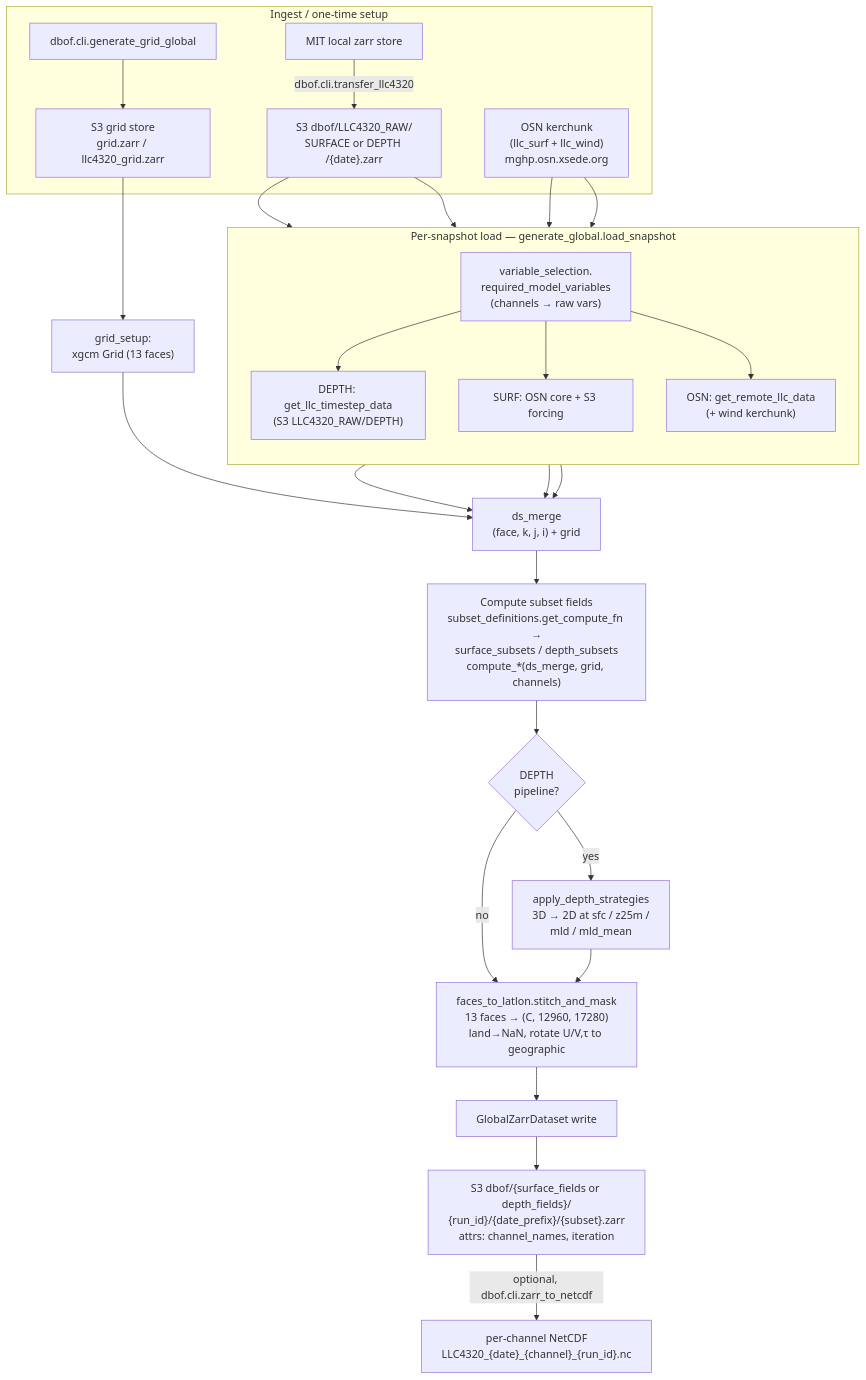
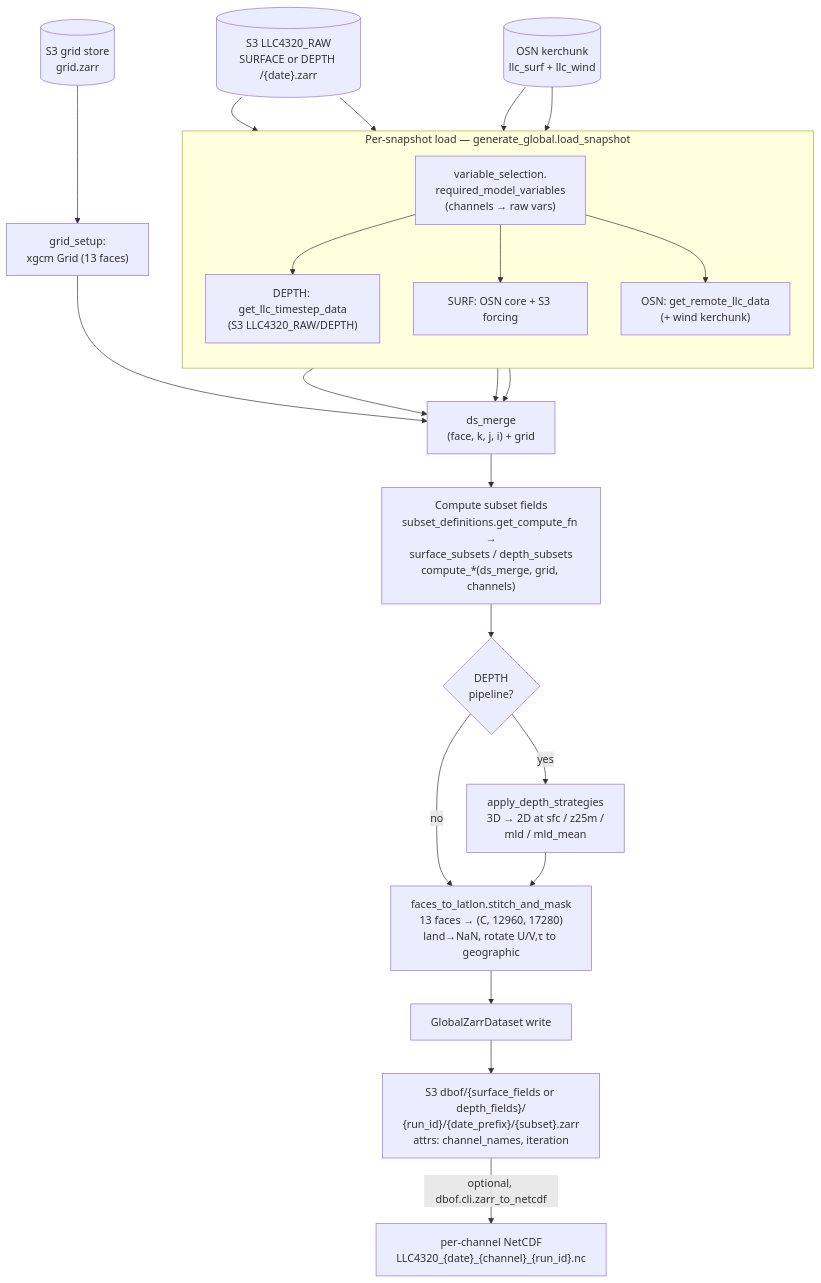
Before and after one commit to Sea-Meets-the-Stars/llc4320-native-grid-preprocessing: the third of 5 diagrams in docs/mermaid_diagrams.md, drawn with Mermaid. The commit also changed other lines of this file and 3 other files, not shown here.

````diff
--- a/docs/mermaid_diagrams.md
+++ b/docs/mermaid_diagrams.md
@@ -34,37 +75,34 @@
 ```mermaid
 flowchart TD
-    subgraph INGEST["Ingest / one-time setup"]
-        MIT["MIT local zarr store"]
-        MIT -->|"dbof.cli.transfer_llc4320"| RAW["S3 dbof/LLC4320_RAW/<br/>SURFACE or DEPTH /{date}.zarr"]
-        OSN["OSN kerchunk<br/>(llc_surf + llc_wind)<br/>mghp.osn.xsede.org"]
-        GRIDGEN["dbof.cli.generate_grid_global"] --> GRIDZ["S3 grid store<br/>grid.zarr / llc4320_grid.zarr"]
-    end
+    RAW[("S3 LLC4320_RAW<br/>SURFACE or DEPTH /{date}.zarr")]
+    OSN[("OSN kerchunk<br/>llc_surf + llc_wind")]
+    GRIDZ[("S3 grid store<br/>grid.zarr")]
 
     subgraph LOAD["Per-snapshot load — generate_global.load_snapshot"]
         direction TB
         SEL["variable_selection.<br/>required_model_variables<br/>(channels → raw vars)"]
         DEPTHL["DEPTH: get_llc_timestep_data<br/>(S3 LLC4320_RAW/DEPTH)"]
         SURFL["SURF: OSN core + S3 forcing"]
         OSNL["OSN: get_remote_llc_data<br/>(+ wind kerchunk)"]
         SEL --> DEPTHL & SURFL & OSNL
     end
 
     RAW --> DEPTHL
     RAW --> SURFL
     OSN --> SURFL
     OSN --> OSNL
     GRIDZ --> GRIDSET["grid_setup:<br/>xgcm Grid (13 faces)"]
 
     DEPTHL & SURFL & OSNL --> MERGE["ds_merge<br/>(face, k, j, i) + grid"]
     GRIDSET --> MERGE
 
     MERGE --> COMPUTE["Compute subset fields<br/>subset_definitions.get_compute_fn →<br/>surface_subsets / depth_subsets<br/>compute_*(ds_merge, grid, channels)"]
     COMPUTE --> DEPTHSTRAT{"DEPTH<br/>pipeline?"}
     DEPTHSTRAT -->|yes| STRAT["apply_depth_strategies<br/>3D → 2D at sfc / z25m /<br/>mld / mld_mean"]
     DEPTHSTRAT -->|no| STITCH
     STRAT --> STITCH["faces_to_latlon.stitch_and_mask<br/>13 faces → (C, 12960, 17280)<br/>land→NaN, rotate U/V,τ to geographic"]
 
     STITCH --> WRITE["GlobalZarrDataset write"]
     WRITE --> OUT["S3 dbof/{surface_fields or depth_fields}/<br/>{run_id}/{date_prefix}/{subset}.zarr<br/>attrs: channel_names, iteration"]
     OUT -->|"optional, dbof.cli.zarr_to_netcdf"| NC["per-channel NetCDF<br/>LLC4320_{date}_{channel}_{run_id}.nc"]
 ```
````
